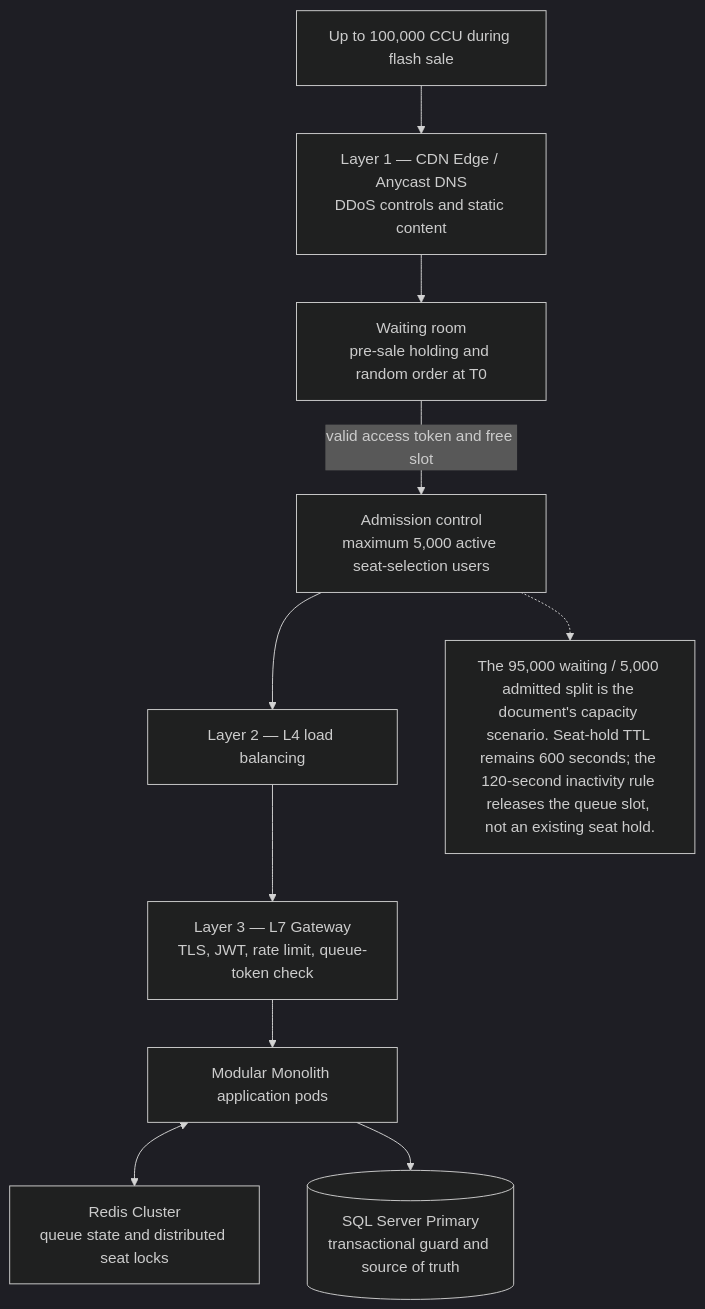
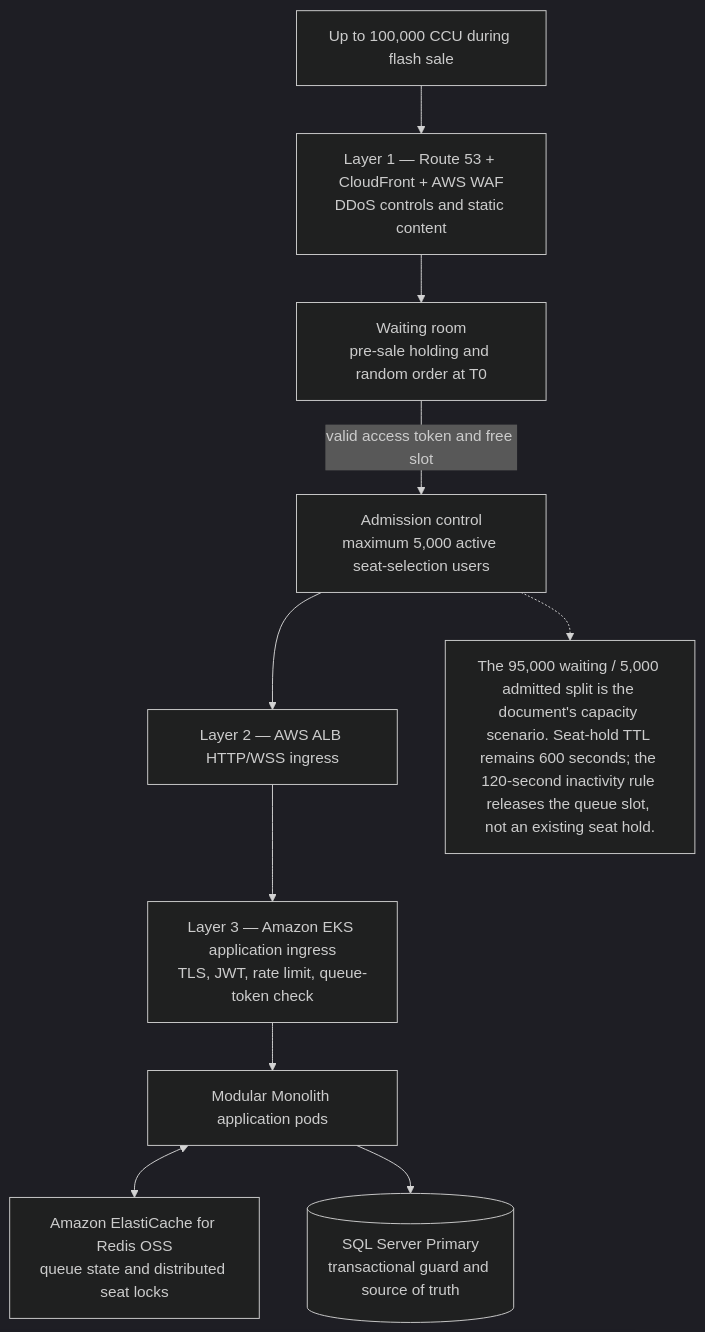
The first of 2 diagrams in business-analysis/05_Non_Functional_Requirements_(NFR)/02_Handling_100K_Concurrent_Users.md (toanteng11/concert-ticketing-docs), drawn with Mermaid (dark theme) before and after one commit. The commit also changed other lines of this file and 43 other files, not shown here.

````diff
--- a/business-analysis/05_Non_Functional_Requirements_(NFR)/02_Handling_100K_Concurrent_Users.md
+++ b/business-analysis/05_Non_Functional_Requirements_(NFR)/02_Handling_100K_Concurrent_Users.md
@@ -22,18 +22,18 @@
 ```mermaid
 flowchart TB
   users["Up to 100,000 CCU during flash sale"]
-  edge["Layer 1 — CDN Edge / Anycast DNS<br/>DDoS controls and static content"]
+  edge["Layer 1 — Route 53 + CloudFront + AWS WAF<br/>DDoS controls and static content"]
   waiting["Waiting room<br/>pre-sale holding and random order at T0"]
   gate["Admission control<br/>maximum 5,000 active seat-selection users"]
-  l4["Layer 2 — L4 load balancing"]
-  l7["Layer 3 — L7 Gateway<br/>TLS, JWT, rate limit, queue-token check"]
+  alb["Layer 2 — AWS ALB HTTP/WSS ingress"]
+  l7["Layer 3 — Amazon EKS application ingress<br/>TLS, JWT, rate limit, queue-token check"]
   app["Modular Monolith application pods"]
-  state["Redis Cluster<br/>queue state and distributed seat locks"]
+  state["Amazon ElastiCache for Redis OSS<br/>queue state and distributed seat locks"]
   db[("SQL Server Primary<br/>transactional guard and source of truth")]
   users --> edge --> waiting
-  waiting -->|valid access token and free slot| gate --> l4 --> l7 --> app
+  waiting -->|valid access token and free slot| gate --> alb --> l7 --> app
   app <--> state
   app --> db
   note["The 95,000 waiting / 5,000 admitted split is the document's capacity scenario. Seat-hold TTL remains 600 seconds; the 120-second inactivity rule releases the queue slot, not an existing seat hold."]
   gate -.-> note
 ```
````
